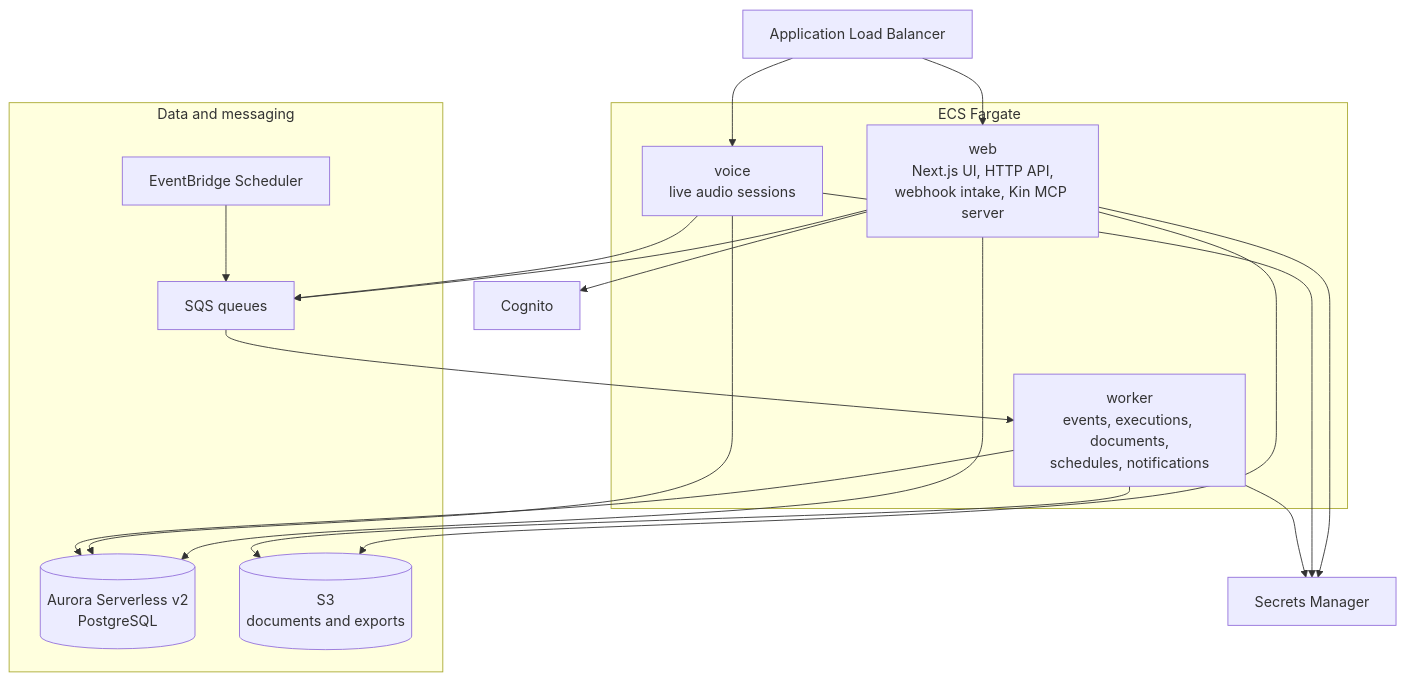
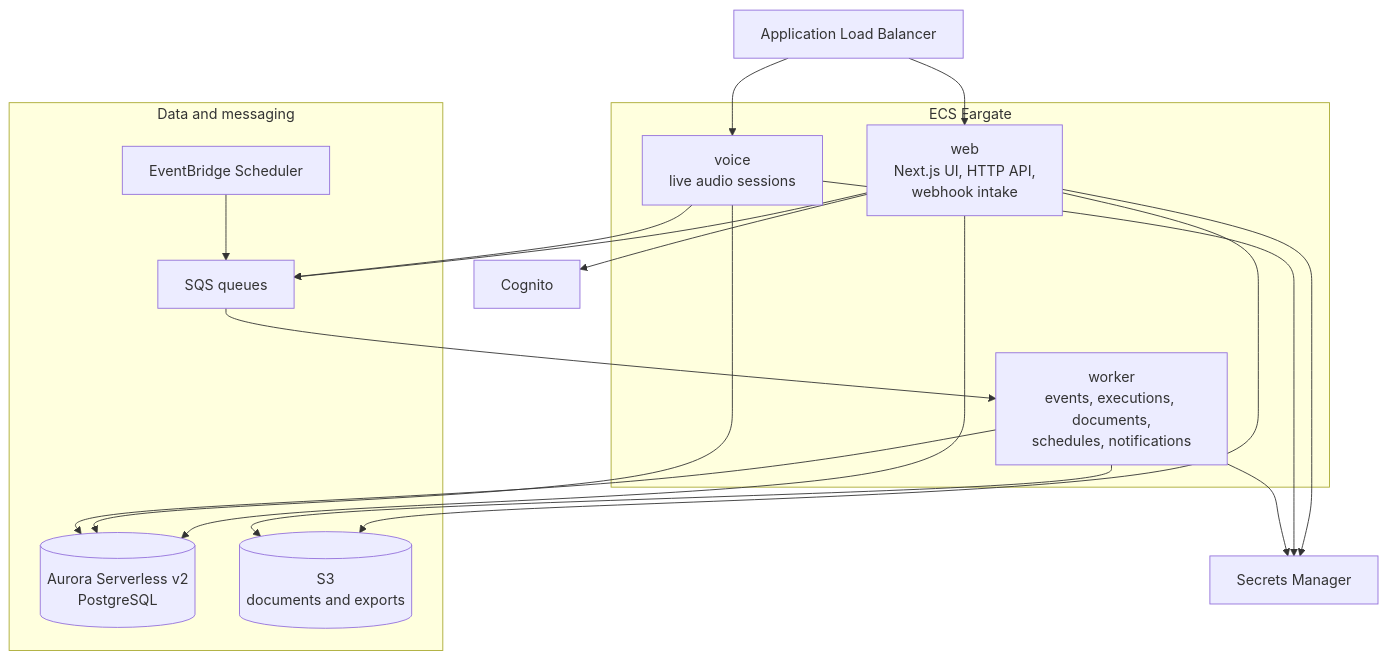
The second of 20 diagrams in docs/architecture.md (rogerjeasy/kin), drawn with Mermaid before and after one commit. The commit also changed other lines of this file and 6 other files, not shown here.

````diff
--- a/docs/architecture.md
+++ b/docs/architecture.md
@@ -121,36 +123,36 @@
 ```mermaid
 flowchart TB
     alb["Application Load Balancer"]
 
     subgraph compute["ECS Fargate"]
-        web["web<br/>Next.js UI, HTTP API,<br/>webhook intake, Kin MCP server"]
+        web["web<br/>Next.js UI, HTTP API,<br/>webhook intake"]
         voice["voice<br/>live audio sessions"]
         worker["worker<br/>events, executions, documents,<br/>schedules, notifications"]
     end
 
     subgraph data["Data and messaging"]
         db[("Aurora Serverless v2<br/>PostgreSQL")]
         s3[("S3<br/>documents and exports")]
         sqs["SQS queues"]
         sched["EventBridge Scheduler"]
     end
 
     cog["Cognito"]
     sec["Secrets Manager"]
 
     alb --> web
     alb --> voice
     web --> db
     web --> s3
     web --> sqs
     web --> cog
     voice --> db
     voice --> sqs
     worker --> db
     worker --> s3
     sqs --> worker
     sched --> sqs
     web --> sec
     voice --> sec
     worker --> sec
 ```
````
